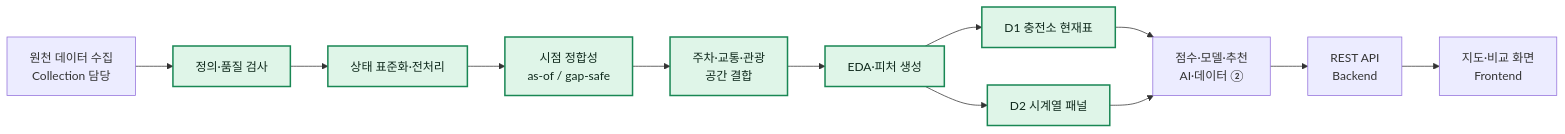
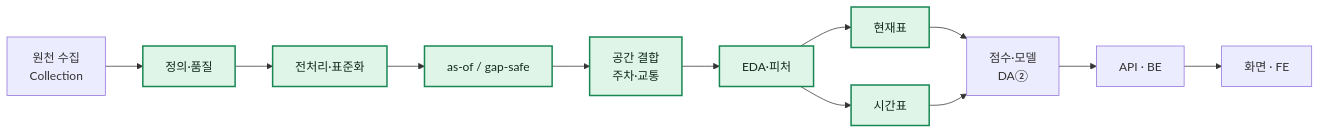
The diagram in README.md (ssg-sak/git-elctronic), drawn with Mermaid before and after one commit. The commit also changed other lines of this file and 3 other files, not shown here.

````diff
--- a/README.md
+++ b/README.md
@@ -55,17 +93,17 @@
 ```mermaid
 flowchart LR
-    A[원천 데이터 수집<br/>Collection 담당] --> B[정의·품질 검사]
-    B --> C[상태 표준화·전처리]
-    C --> D[시점 정합성<br/>as-of / gap-safe]
-    D --> E[주차·교통·관광<br/>공간 결합]
-    E --> F[EDA·피처 생성]
-    F --> G[D1 충전소 현재표]
-    F --> H[D2 시계열 패널]
-    G --> I[점수·모델·추천<br/>AI·데이터 ②]
+    A[원천 수집<br/>Collection] --> B[정의·품질]
+    B --> C[전처리·표준화]
+    C --> D[as-of / gap-safe]
+    D --> E[공간 결합<br/>주차·교통]
+    E --> F[EDA·피처]
+    F --> G[현재표]
+    F --> H[시간표]
+    G --> I[점수·모델<br/>DA②]
     H --> I
-    I --> J[REST API<br/>Backend]
-    J --> K[지도·비교 화면<br/>Frontend]
+    I --> J[API · BE]
+    J --> K[화면 · FE]
 
     classDef mine fill:#dff5e8,stroke:#198754,stroke-width:2px,color:#102a1d;
     class B,C,D,E,F,G,H mine;
 ```
````
